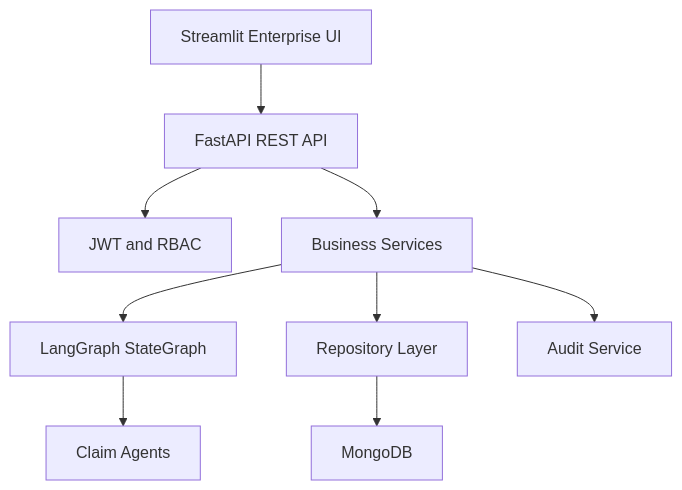
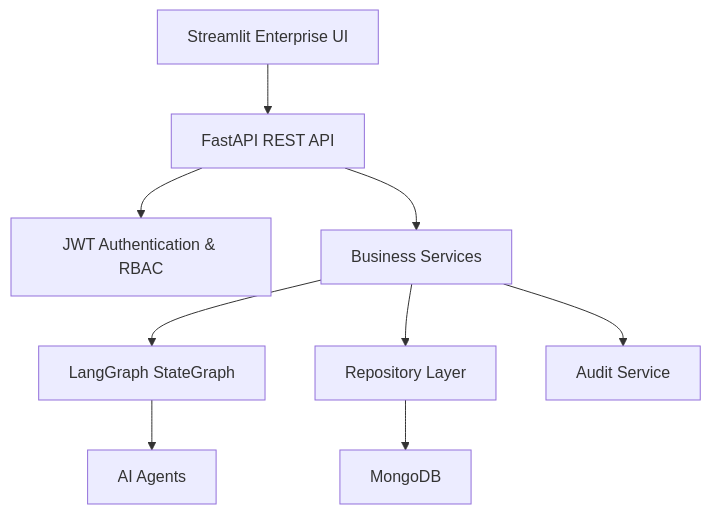
Before and after one commit to NikhilRaman12/ClaimguardAI: the diagram in ClaimGuard-AI/README.md, drawn with Mermaid. The commit also changed other lines of this file, not shown here.

````diff
--- a/ClaimGuard-AI/README.md
+++ b/ClaimGuard-AI/README.md
@@ -25,11 +86,11 @@
 ```mermaid
 flowchart TD
     UI["Streamlit Enterprise UI"] --> API["FastAPI REST API"]
-    API --> AUTH["JWT and RBAC"]
+    API --> AUTH["JWT Authentication & RBAC"]
     API --> SERVICES["Business Services"]
     SERVICES --> GRAPH["LangGraph StateGraph"]
-    GRAPH --> AGENTS["Claim Agents"]
+    GRAPH --> AGENTS["AI Agents"]
     SERVICES --> REPO["Repository Layer"]
     REPO --> DB["MongoDB"]
     SERVICES --> AUDIT["Audit Service"]
 ```
````
